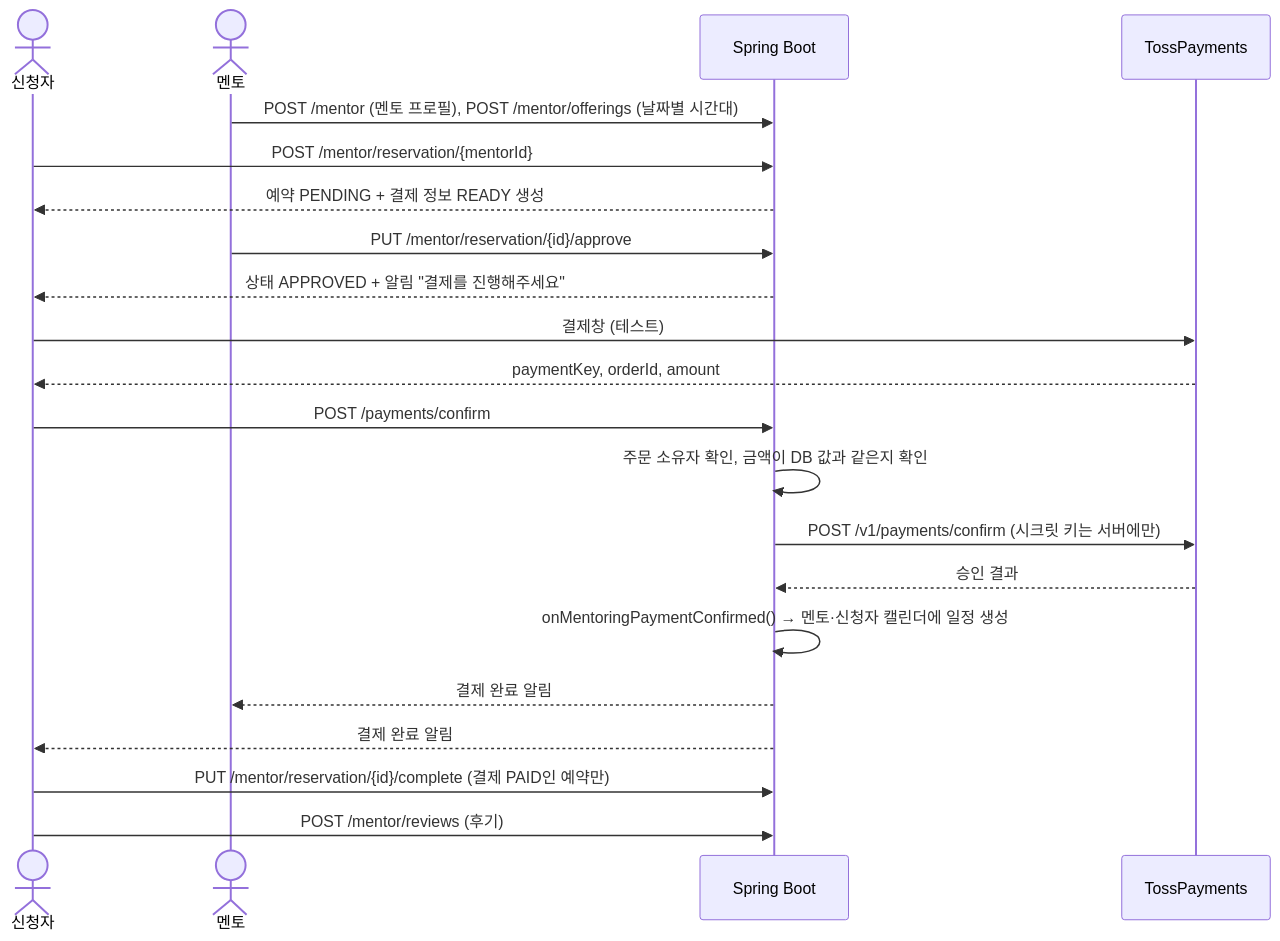
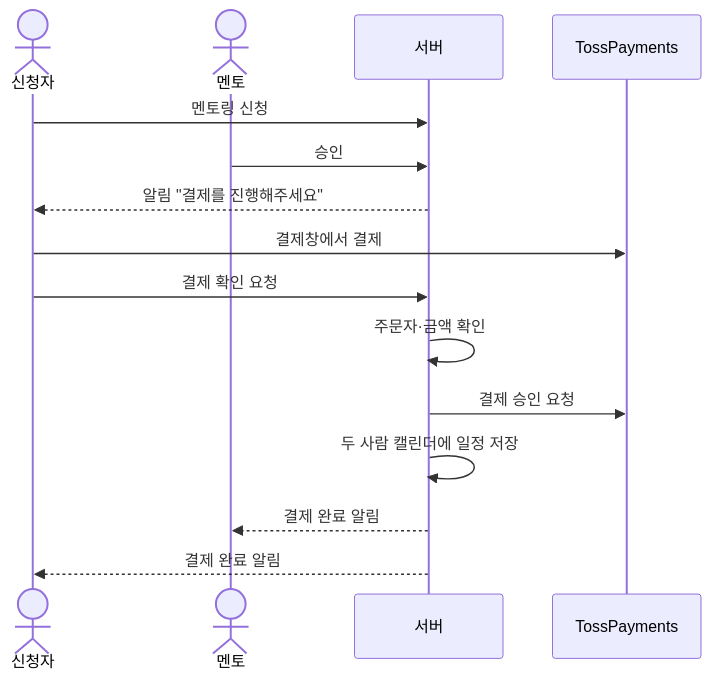
Before and after one commit to NullTTa/easys: the second of 2 diagrams in docs/FEATURE_FLOWS.md, drawn with Mermaid. The commit also changed other lines of this file and 4 other files, not shown here.

````diff
--- a/docs/FEATURE_FLOWS.md
+++ b/docs/FEATURE_FLOWS.md
@@ -34,23 +49,17 @@
 ```mermaid
 sequenceDiagram
-    actor Mentee as 신청자
-    actor Mentor as 멘토
-    participant BE as Spring Boot
+    actor 신청자
+    actor 멘토
+    participant 서버
     participant Toss as TossPayments
-    Mentor->>BE: POST /mentor (멘토 프로필), POST /mentor/offerings (날짜별 시간대)
-    Mentee->>BE: POST /mentor/reservation/{mentorId}
-    BE-->>Mentee: 예약 PENDING + 결제 정보 READY 생성
-    Mentor->>BE: PUT /mentor/reservation/{id}/approve
-    BE-->>Mentee: 상태 APPROVED + 알림 "결제를 진행해주세요"
-    Mentee->>Toss: 결제창 (테스트)
-    Toss-->>Mentee: paymentKey, orderId, amount
-    Mentee->>BE: POST /payments/confirm
-    BE->>BE: 주문 소유자 확인, 금액이 DB 값과 같은지 확인
-    BE->>Toss: POST /v1/payments/confirm (시크릿 키는 서버에만)
-    Toss-->>BE: 승인 결과
-    BE->>BE: onMentoringPaymentConfirmed() → 멘토·신청자 캘린더에 일정 생성
-    BE-->>Mentor: 결제 완료 알림
-    BE-->>Mentee: 결제 완료 알림
-    Mentee->>BE: PUT /mentor/reservation/{id}/complete (결제 PAID인 예약만)
-    Mentee->>BE: POST /mentor/reviews (후기)
+    신청자->>서버: 멘토링 신청
+    멘토->>서버: 승인
+    서버-->>신청자: 알림 "결제를 진행해주세요"
+    신청자->>Toss: 결제창에서 결제
+    신청자->>서버: 결제 확인 요청
+    서버->>서버: 주문자·금액 확인
+    서버->>Toss: 결제 승인 요청
+    서버->>서버: 두 사람 캘린더에 일정 저장
+    서버-->>멘토: 결제 완료 알림
+    서버-->>신청자: 결제 완료 알림
 ```
````
